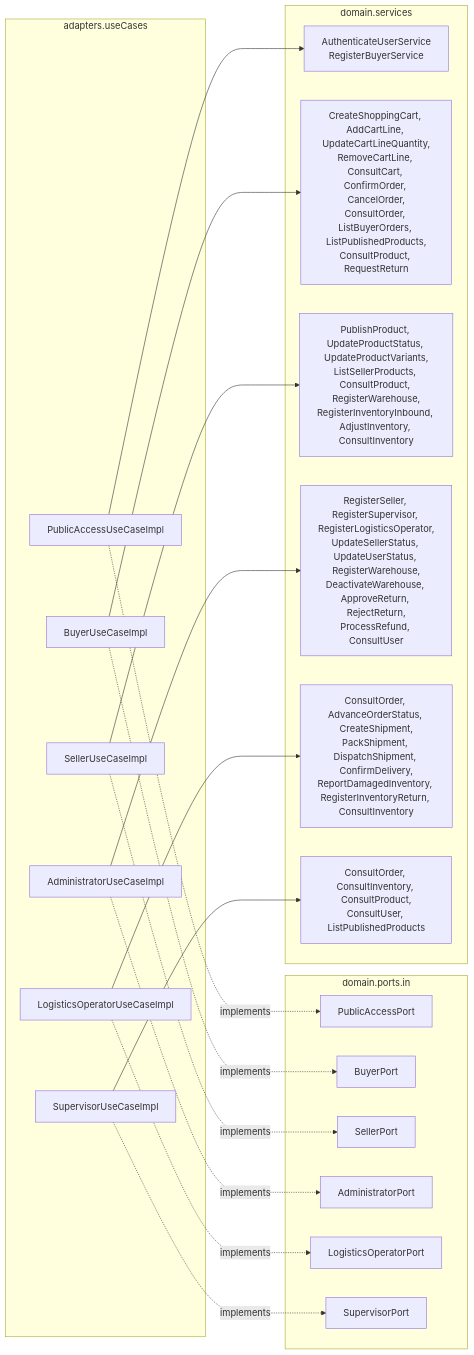
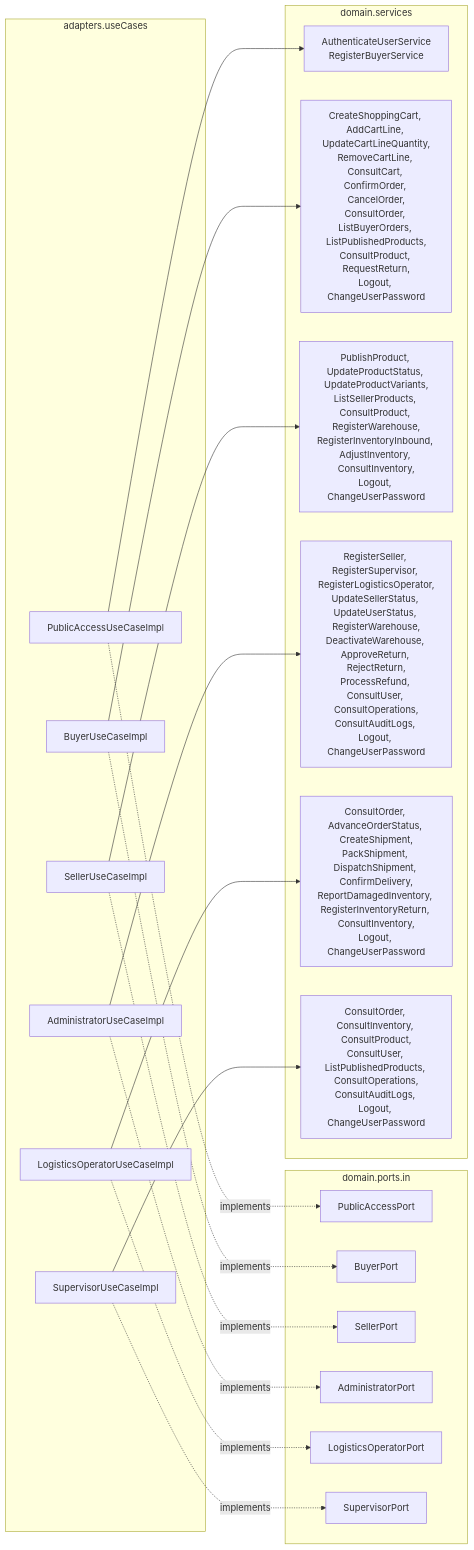
One commit to Spuerta18/Nexuss changed the diagram in SDD/C4/06-layer-adapters-usecases.md. Above: the diagram before and after it, drawn with Mermaid. The commit also changed other lines of this file and 34 other files, not shown here.

````diff
--- a/SDD/C4/06-layer-adapters-usecases.md
+++ b/SDD/C4/06-layer-adapters-usecases.md
@@ -9,40 +9,40 @@
 ```mermaid
 flowchart LR
     subgraph ports["domain.ports.in"]
         PA["PublicAccessPort"]
         BP["BuyerPort"]
         SP["SellerPort"]
         AP["AdministratorPort"]
         LP["LogisticsOperatorPort"]
         VP["SupervisorPort"]
     end
     subgraph impls["adapters.useCases"]
         PAI["PublicAccessUseCaseImpl"]
         BPI["BuyerUseCaseImpl"]
         SPI["SellerUseCaseImpl"]
         API["AdministratorUseCaseImpl"]
         LPI["LogisticsOperatorUseCaseImpl"]
         VPI["SupervisorUseCaseImpl"]
     end
     subgraph services["domain.services"]
         S1["AuthenticateUserService<br/>RegisterBuyerService"]
-        S2["CreateShoppingCart, AddCartLine, UpdateCartLineQuantity,<br/>RemoveCartLine, ConsultCart, ConfirmOrder, CancelOrder,<br/>ConsultOrder, ListBuyerOrders, ListPublishedProducts,<br/>ConsultProduct, RequestReturn"]
-        S3["PublishProduct, UpdateProductStatus, UpdateProductVariants,<br/>ListSellerProducts, ConsultProduct, RegisterWarehouse,<br/>RegisterInventoryInbound, AdjustInventory, ConsultInventory"]
-        S4["RegisterSeller, RegisterSupervisor, RegisterLogisticsOperator,<br/>UpdateSellerStatus, UpdateUserStatus, RegisterWarehouse,<br/>DeactivateWarehouse, ApproveReturn, RejectReturn,<br/>ProcessRefund, ConsultUser"]
-        S5["ConsultOrder, AdvanceOrderStatus, CreateShipment,<br/>PackShipment, DispatchShipment, ConfirmDelivery,<br/>ReportDamagedInventory, RegisterInventoryReturn, ConsultInventory"]
-        S6["ConsultOrder, ConsultInventory, ConsultProduct,<br/>ConsultUser, ListPublishedProducts"]
+        S2["CreateShoppingCart, AddCartLine, UpdateCartLineQuantity,<br/>RemoveCartLine, ConsultCart, ConfirmOrder, CancelOrder,<br/>ConsultOrder, ListBuyerOrders, ListPublishedProducts,<br/>ConsultProduct, RequestReturn,<br/>Logout, ChangeUserPassword"]
+        S3["PublishProduct, UpdateProductStatus, UpdateProductVariants,<br/>ListSellerProducts, ConsultProduct, RegisterWarehouse,<br/>RegisterInventoryInbound, AdjustInventory, ConsultInventory,<br/>Logout, ChangeUserPassword"]
+        S4["RegisterSeller, RegisterSupervisor, RegisterLogisticsOperator,<br/>UpdateSellerStatus, UpdateUserStatus, RegisterWarehouse,<br/>DeactivateWarehouse, ApproveReturn, RejectReturn,<br/>ProcessRefund, ConsultUser, ConsultOperations,<br/>ConsultAuditLogs, Logout, ChangeUserPassword"]
+        S5["ConsultOrder, AdvanceOrderStatus, CreateShipment,<br/>PackShipment, DispatchShipment, ConfirmDelivery,<br/>ReportDamagedInventory, RegisterInventoryReturn, ConsultInventory,<br/>Logout, ChangeUserPassword"]
+        S6["ConsultOrder, ConsultInventory, ConsultProduct,<br/>ConsultUser, ListPublishedProducts, ConsultOperations,<br/>ConsultAuditLogs, Logout, ChangeUserPassword"]
     end
 
     PAI -. implements .-> PA
     BPI -. implements .-> BP
     SPI -. implements .-> SP
     API -. implements .-> AP
     LPI -. implements .-> LP
     VPI -. implements .-> VP
     PAI --> S1
     BPI --> S2
     SPI --> S3
     API --> S4
     LPI --> S5
     VPI --> S6
 ```
````
